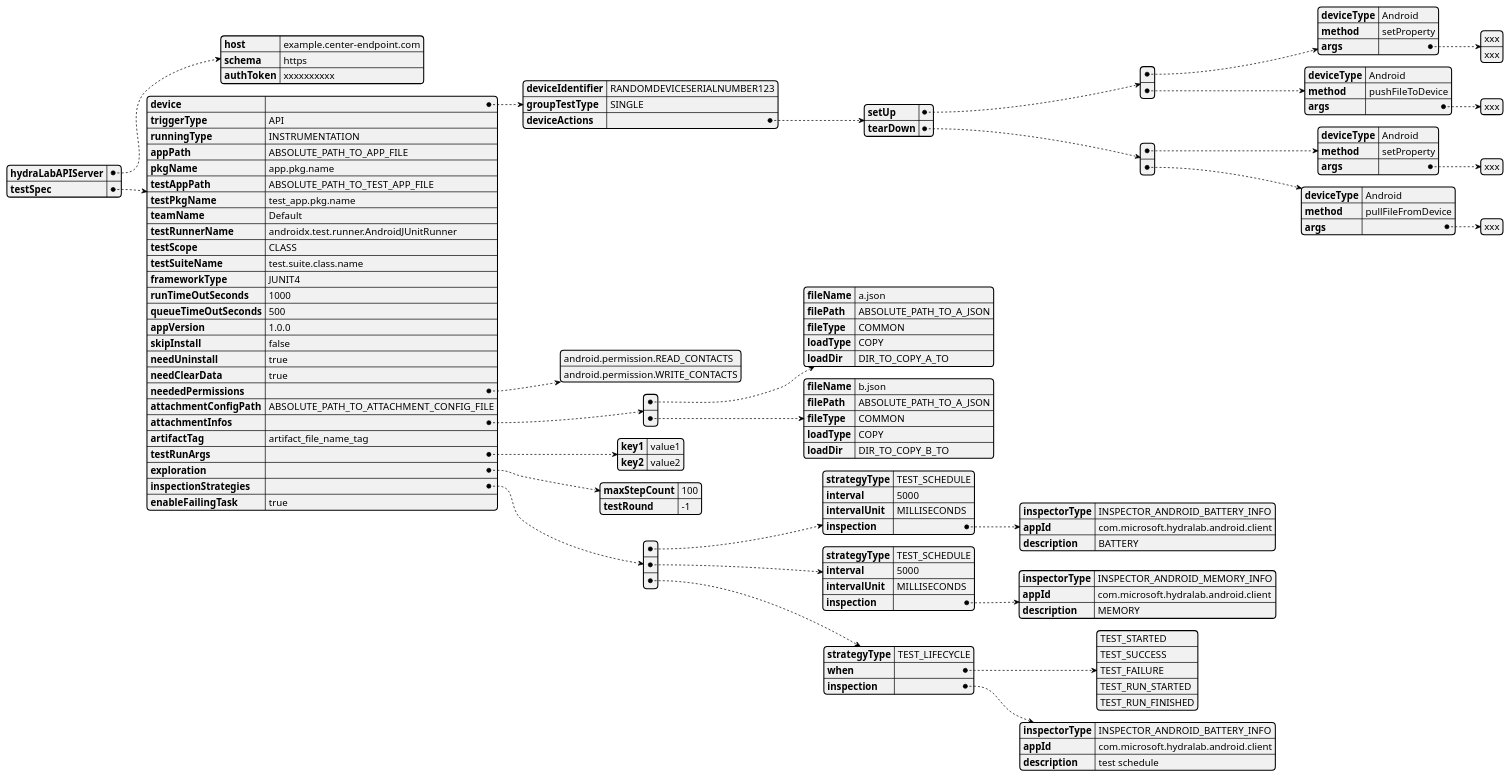
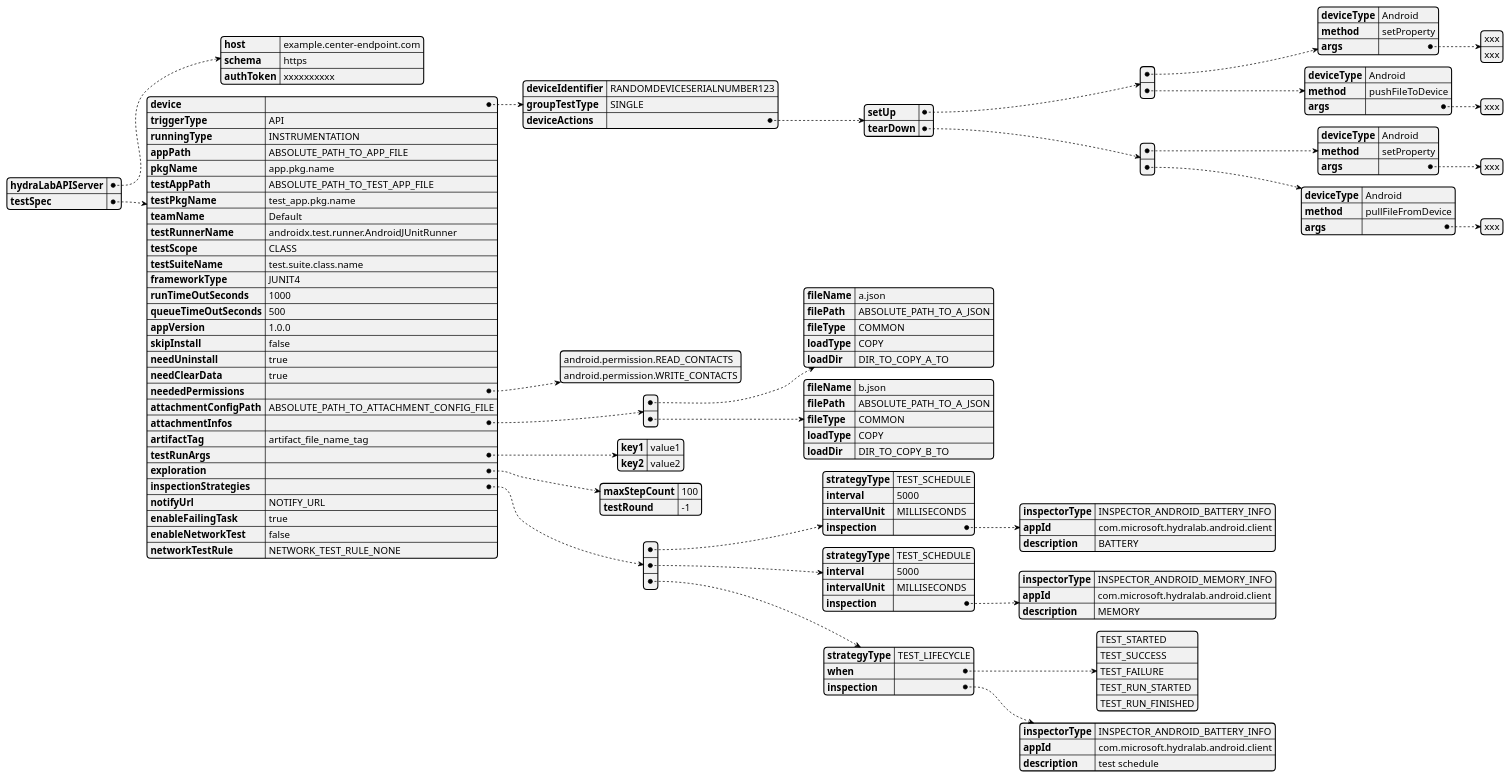
The diagram in gradle_plugin/doc/UML/gradle_plugin_yaml_config_design.puml (microsoft/HydraLab), drawn with PlantUML before and after one commit. The commit also changed 9 other files, not shown here.

First line of the commit message:
Add enableNetworkTest and networkTestRule params (#520)

```diff
--- a/gradle_plugin/doc/UML/gradle_plugin_yaml_config_design.puml
+++ b/gradle_plugin/doc/UML/gradle_plugin_yaml_config_design.puml
@@ -1,97 +1,100 @@
 @startyaml
 hydraLabAPIServer:
     host: example.center-endpoint.com
     schema: https
     authToken: xxxxxxxxxx
 testSpec:
     device:
         deviceIdentifier: RANDOMDEVICESERIALNUMBER123
         groupTestType: SINGLE
         deviceActions:
             setUp:
             - deviceType: Android
               method: setProperty
               args:
                 - xxx
                 - xxx
             - deviceType: Android
               method: pushFileToDevice
               args:
                 - xxx
             tearDown:
             - deviceType: Android
               method: setProperty
               args:
               - xxx
             - deviceType: Android
               method: pullFileFromDevice
               args:
               - xxx
     triggerType: API
     runningType: INSTRUMENTATION
     appPath: ABSOLUTE_PATH_TO_APP_FILE
     pkgName: app.pkg.name
     testAppPath: ABSOLUTE_PATH_TO_TEST_APP_FILE
     testPkgName: test_app.pkg.name
     teamName: Default
     testRunnerName: androidx.test.runner.AndroidJUnitRunner
     testScope: CLASS
     testSuiteName: test.suite.class.name
     frameworkType: JUNIT4
     runTimeOutSeconds: 1000
     queueTimeOutSeconds: 500
     appVersion: 1.0.0
     skipInstall: false
     needUninstall: true
     needClearData: true
     neededPermissions:
         - android.permission.READ_CONTACTS
         - android.permission.WRITE_CONTACTS
     attachmentConfigPath: ABSOLUTE_PATH_TO_ATTACHMENT_CONFIG_FILE
     attachmentInfos:
     - fileName: a.json
       filePath: ABSOLUTE_PATH_TO_A_JSON
       fileType: COMMON
       loadType: COPY
       loadDir: DIR_TO_COPY_A_TO
     - fileName: b.json
       filePath: ABSOLUTE_PATH_TO_A_JSON
       fileType: COMMON
       loadType: COPY
       loadDir: DIR_TO_COPY_B_TO
     artifactTag: artifact_file_name_tag
     testRunArgs:
         key1: value1
         key2: value2
     exploration:
         maxStepCount: 100
         testRound: -1
     inspectionStrategies:
     - strategyType: TEST_SCHEDULE
       interval: 5000
       intervalUnit: MILLISECONDS
       inspection:
         inspectorType: INSPECTOR_ANDROID_BATTERY_INFO
         appId: com.microsoft.hydralab.android.client
         description: BATTERY
     - strategyType: TEST_SCHEDULE
       interval: 5000
       intervalUnit: MILLISECONDS
       inspection:
         inspectorType: INSPECTOR_ANDROID_MEMORY_INFO
         appId: com.microsoft.hydralab.android.client
         description: MEMORY
     - strategyType: TEST_LIFECYCLE
       when:
         - TEST_STARTED
         - TEST_SUCCESS
         - TEST_FAILURE
         - TEST_RUN_STARTED
         - TEST_RUN_FINISHED
       inspection:
         inspectorType: INSPECTOR_ANDROID_BATTERY_INFO
         appId: com.microsoft.hydralab.android.client
         description: test schedule
+    notifyUrl: NOTIFY_URL
     enableFailingTask: true
+    enableNetworkTest: false
+    networkTestRule: NETWORK_TEST_RULE_NONE
 
 @endyaml
```
